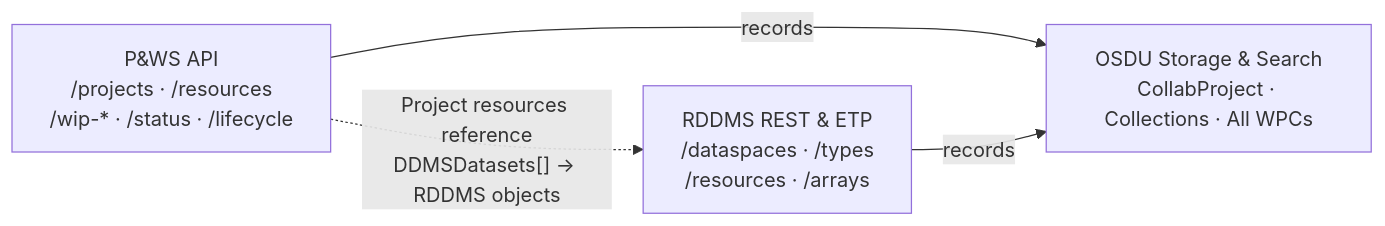
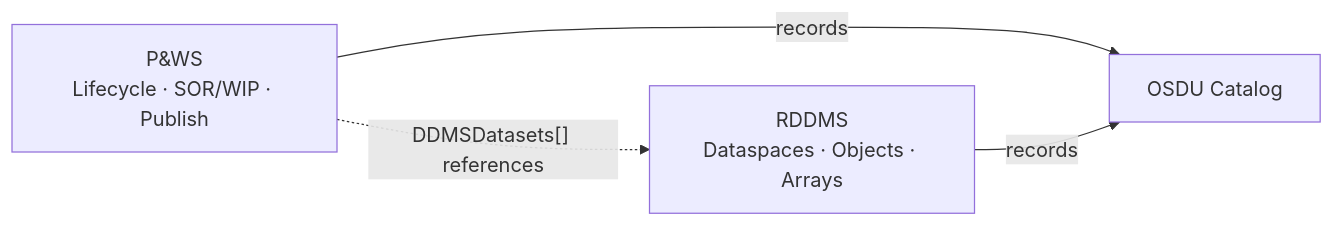
The third of 6 diagrams in md/PWS.md (marcusapel/ores), drawn with Mermaid before and after one commit. The commit also changed other lines of this file and 1 other file, not shown here.

Commit message:
modified:   md/PWS.md

````diff
--- a/md/PWS.md
+++ b/md/PWS.md
@@ -368,6 +127,6 @@
 ```mermaid
 graph LR
-  PWS["P&WS API<br/>/projects · /resources<br/>/wip-* · /status · /lifecycle"] -->|records| OSDU["OSDU Storage & Search<br/>CollabProject · Collections · All WPCs"]
-  RDDMS["RDDMS REST & ETP<br/>/dataspaces · /types<br/>/resources · /arrays"] -->|records| OSDU
-  PWS -.->|"Project resources reference<br/>DDMSDatasets[] → RDDMS objects"| RDDMS
+  PWS["P&WS<br/>Lifecycle · SOR/WIP · Publish"] -->|records| OSDU["OSDU Catalog"]
+  RDDMS["RDDMS<br/>Dataspaces · Objects · Arrays"] -->|records| OSDU
+  PWS -.->|"DDMSDatasets[] references"| RDDMS
 ```
````
